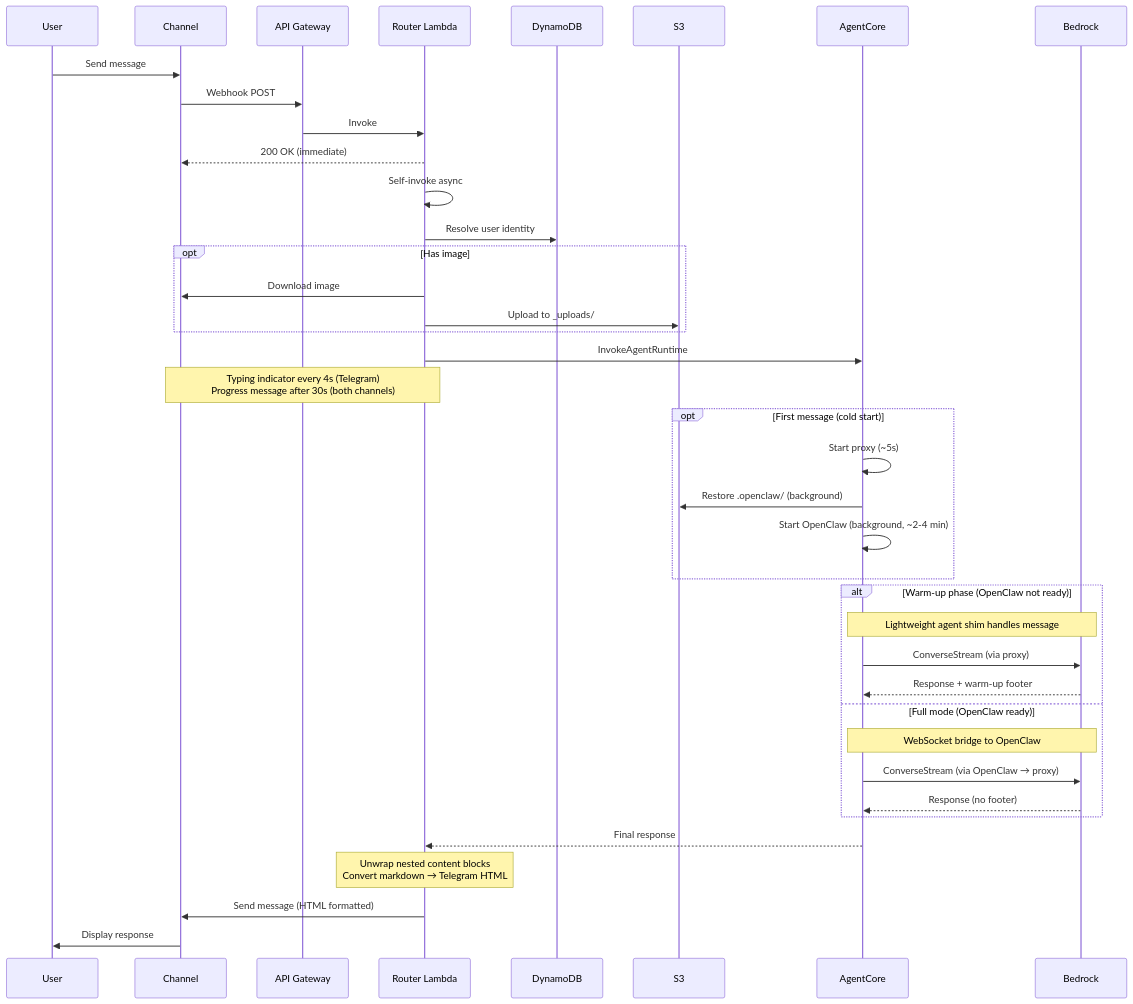
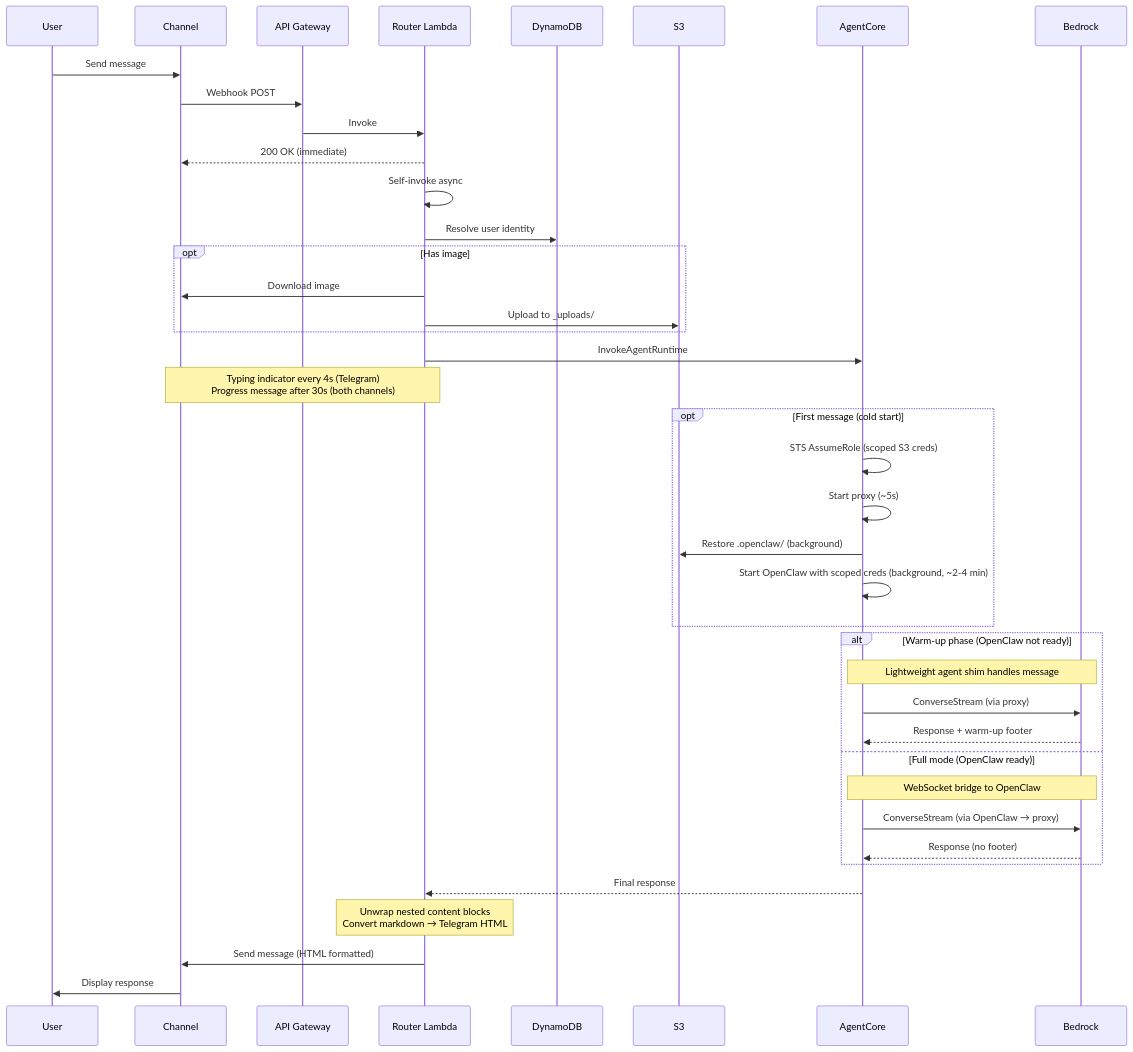
Before and after one commit to huanghang111/sample-host-openclaw-on-amazon-bedrock-agentcore: the second of 7 diagrams in docs/architecture-detailed.md, drawn with Mermaid. The commit also changed other lines of this file and 3 other files, not shown here.

First line of the commit message:
docs: document STS session-scoped credentials across all docs

````diff
--- a/docs/architecture-detailed.md
+++ b/docs/architecture-detailed.md
@@ -68,47 +68,48 @@
 ```mermaid
 sequenceDiagram
     participant U as User
     participant C as Channel
     participant AG as API Gateway
     participant RL as Router Lambda
     participant DB as DynamoDB
     participant S3 as S3
     participant AC as AgentCore
     participant B as Bedrock
 
     U->>C: Send message
     C->>AG: Webhook POST
     AG->>RL: Invoke
     RL-->>C: 200 OK (immediate)
     RL->>RL: Self-invoke async
     RL->>DB: Resolve user identity
 
     opt Has image
         RL->>C: Download image
         RL->>S3: Upload to _uploads/
     end
 
     RL->>AC: InvokeAgentRuntime
     Note over RL,C: Typing indicator every 4s (Telegram)<br/>Progress message after 30s (both channels)
 
     opt First message (cold start)
+        AC->>AC: STS AssumeRole (scoped S3 creds)
         AC->>AC: Start proxy (~5s)
         AC->>S3: Restore .openclaw/ (background)
-        AC->>AC: Start OpenClaw (background, ~2-4 min)
+        AC->>AC: Start OpenClaw with scoped creds (background, ~2-4 min)
     end
 
     alt Warm-up phase (OpenClaw not ready)
         Note over AC,B: Lightweight agent shim handles message
         AC->>B: ConverseStream (via proxy)
         B-->>AC: Response + warm-up footer
     else Full mode (OpenClaw ready)
         Note over AC,B: WebSocket bridge to OpenClaw
         AC->>B: ConverseStream (via OpenClaw → proxy)
         B-->>AC: Response (no footer)
     end
 
     AC-->>RL: Final response
     Note over RL: Unwrap nested content blocks<br/>Convert markdown → Telegram HTML
     RL->>C: Send message (HTML formatted)
     C->>U: Display response
 ```
````
